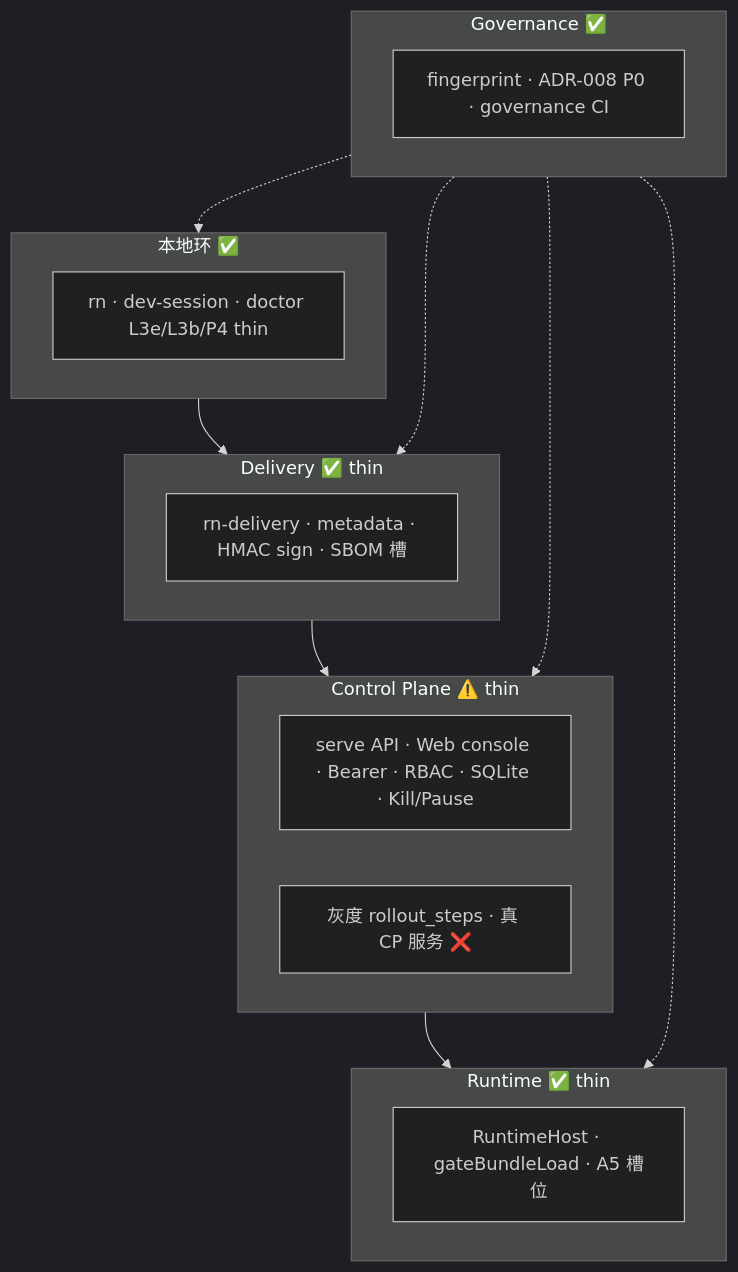
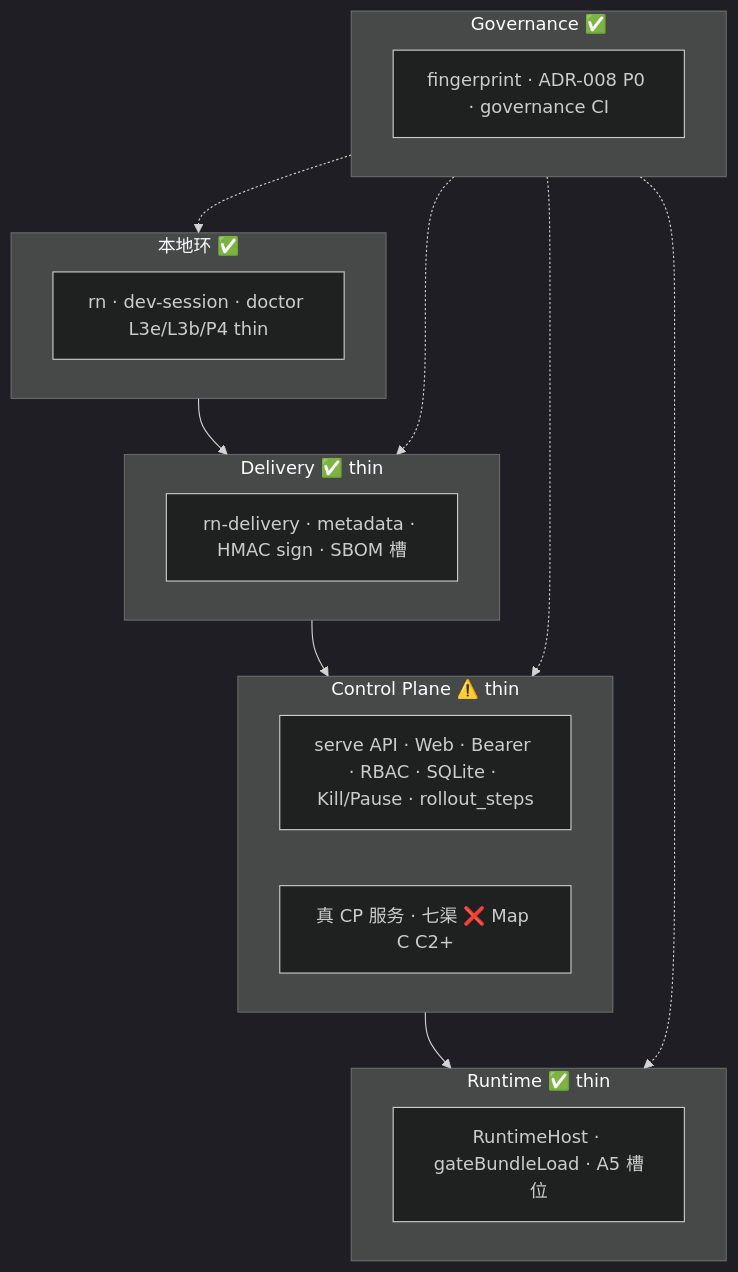
Before and after one commit to client-platform-labs/rn: the sixth of 6 diagrams in docs/architecture-roadmap.md, drawn with Mermaid (dark theme). The commit also changed other lines of this file and 32 other files, not shown here.

Commit message:
Land Map B B11 rollout_steps and Map C C1 e2e fail-closed promote.

````diff
--- a/docs/architecture-roadmap.md
+++ b/docs/architecture-roadmap.md
@@ -409,21 +410,21 @@
 ```mermaid
 flowchart TB
   subgraph Local["本地环 ✅"]
     L1[rn · dev-session · doctor L3e/L3b/P4 thin]
   end
   subgraph CI["Delivery ✅ thin"]
     D1[rn-delivery · metadata · HMAC sign · SBOM 槽]
   end
   subgraph CP["Control Plane ⚠️ thin"]
-    C1[serve API · Web console · Bearer · RBAC · SQLite · Kill/Pause]
-    C2[灰度 rollout_steps · 真 CP 服务 ❌]
+    C1[serve API · Web · Bearer · RBAC · SQLite · Kill/Pause · rollout_steps]
+    C2[真 CP 服务 · 七渠 ❌ Map C C2+]
   end
   subgraph RT["Runtime ✅ thin"]
     R1[RuntimeHost · gateBundleLoad · A5 槽位]
   end
   subgraph GV["Governance ✅"]
     G1[fingerprint · ADR-008 P0 · governance CI]
   end
   Local --> CI --> CP --> RT
   GV -.-> Local & CI & CP & RT
 ```
````
